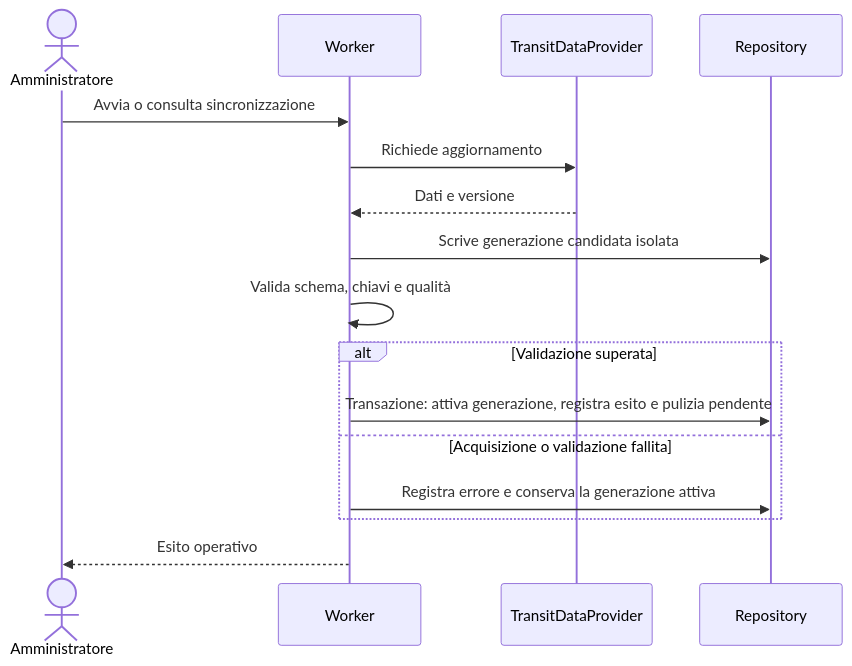
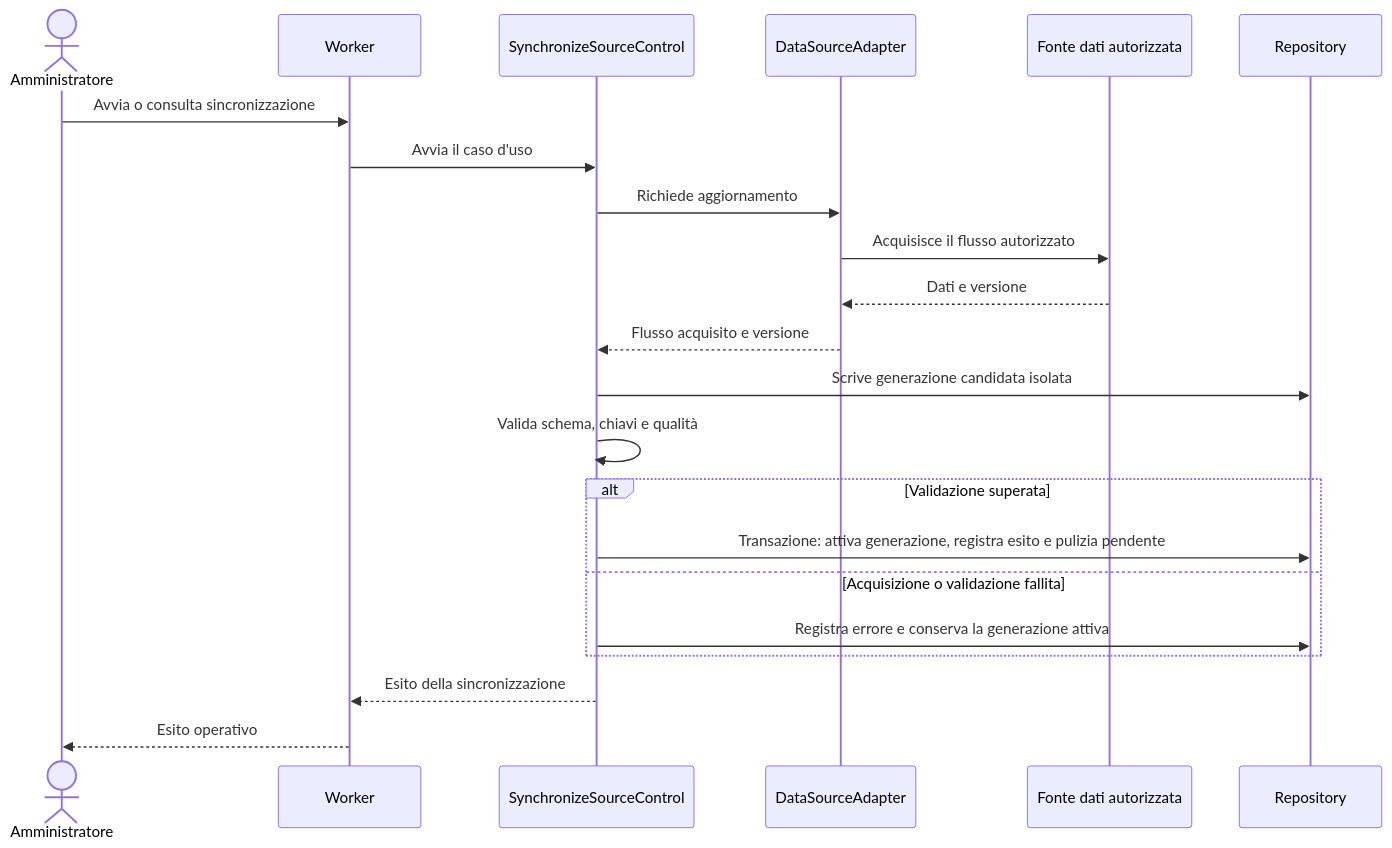
The ninth of 10 diagrams in docs/RAD.md (andreaplini/aegis), drawn with Mermaid before and after one commit. The commit also changed other lines of this file and 2 other files, not shown here.

Commit message:
docs: align UML boundaries and readable sequences

````diff
--- a/docs/RAD.md
+++ b/docs/RAD.md
@@ -671,19 +671,25 @@
 ```mermaid
 sequenceDiagram
-  accDescr: Il worker importa i dati in isolamento, valida la generazione candidata e registra pubblicazione ed effetto cache pendente nella stessa transazione. Un errore mantiene la generazione attiva precedente.
+  accDescr: Il worker delega la sincronizzazione, che acquisisce e valida i dati in isolamento e registra pubblicazione ed effetto cache pendente nella stessa transazione. Un errore mantiene la generazione attiva precedente.
   actor A as Amministratore
   participant W as Worker
-  participant P as TransitDataProvider
+  participant UC as SynchronizeSourceControl
+  participant P as DataSourceAdapter
+  participant D as Fonte dati autorizzata
   participant R as Repository
   A->>W: Avvia o consulta sincronizzazione
-  W->>P: Richiede aggiornamento
-  P-->>W: Dati e versione
-  W->>R: Scrive generazione candidata isolata
-  W->>W: Valida schema, chiavi e qualità
+  W->>UC: Avvia il caso d'uso
+  UC->>P: Richiede aggiornamento
+  P->>D: Acquisisce il flusso autorizzato
+  D-->>P: Dati e versione
+  P-->>UC: Flusso acquisito e versione
+  UC->>R: Scrive generazione candidata isolata
+  UC->>UC: Valida schema, chiavi e qualità
   alt Validazione superata
-    W->>R: Transazione: attiva generazione, registra esito e pulizia pendente
+    UC->>R: Transazione: attiva generazione, registra esito e pulizia pendente
   else Acquisizione o validazione fallita
-    W->>R: Registra errore e conserva la generazione attiva
+    UC->>R: Registra errore e conserva la generazione attiva
   end
+  UC-->>W: Esito della sincronizzazione
   W-->>A: Esito operativo
 ```
````
